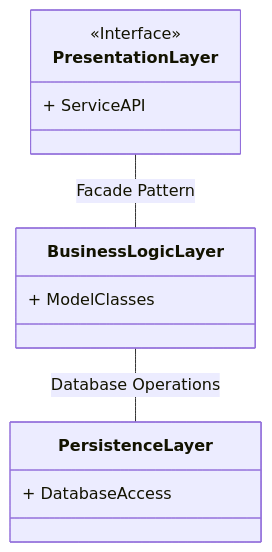
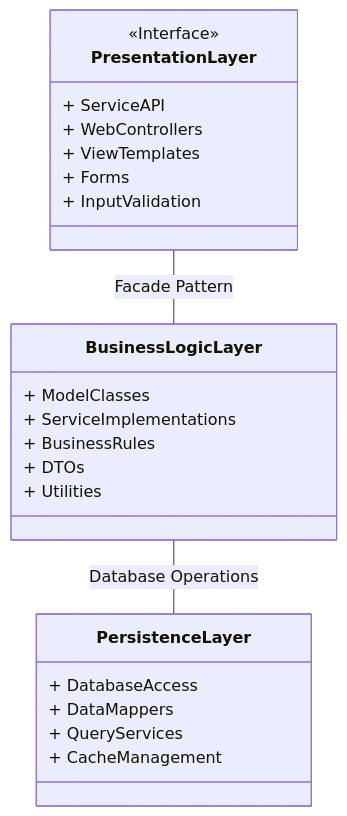
Before and after one commit to Maniok19/holbertonschool-hbnb: the diagram in PackageDiagram.mmd, drawn with Mermaid. The commit also changed other lines of this file and 1 other file, not shown here.

Commit message:
Enhance class and package diagrams to include additional components and relationships, and update README for improved clarity on core functionalities and data model

```diff
--- a/PackageDiagram.mmd
+++ b/PackageDiagram.mmd
@@ -1,13 +1,25 @@
 classDiagram
   class PresentationLayer {
     <<Interface>>
     + ServiceAPI
+    + WebControllers
+    + ViewTemplates
+    + Forms
+    + InputValidation
   }
   class BusinessLogicLayer {
     + ModelClasses
+    + ServiceImplementations
+    + BusinessRules
+    + DTOs
+    + Utilities
   }
   class PersistenceLayer {
     + DatabaseAccess
+    + DataMappers
+    + QueryServices
+    + CacheManagement
   }
+  
   PresentationLayer -- BusinessLogicLayer : Facade Pattern
   BusinessLogicLayer -- PersistenceLayer : Database Operations
```
